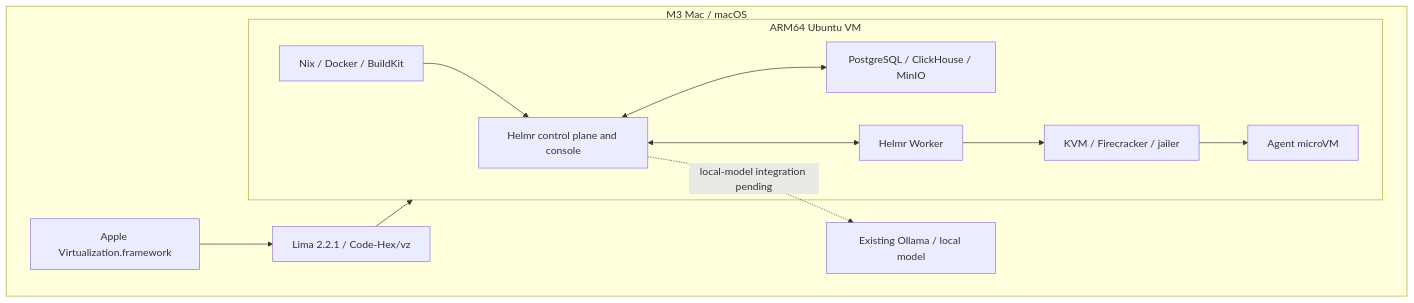
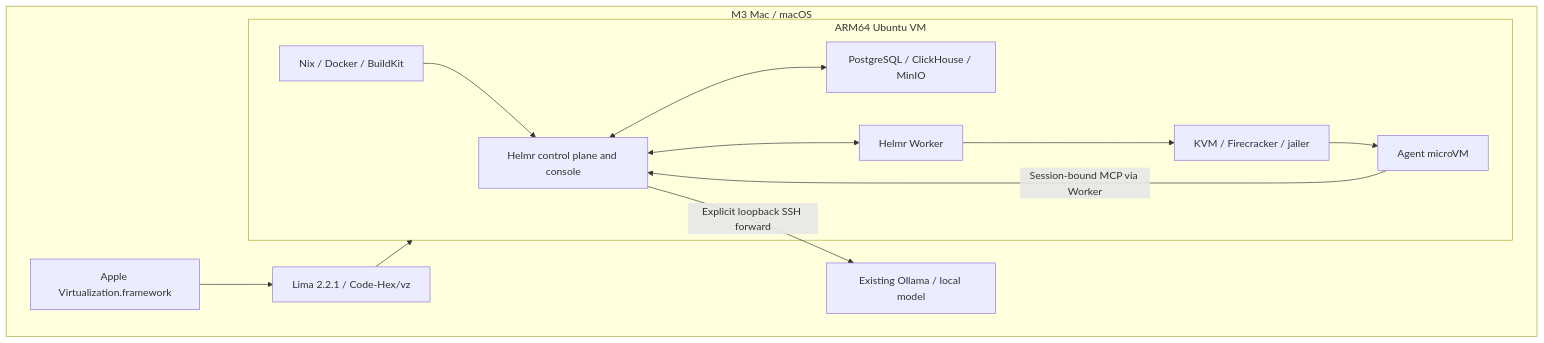
The diagram in docs/implementation/macos-lima-runtime.md (kijitra/helmr), drawn with Mermaid before and after one commit. The commit also changed other lines of this file and 72 other files, not shown here.

Commit message:
add arm64 worker execution and scoped local model agent

````diff
--- a/docs/implementation/macos-lima-runtime.md
+++ b/docs/implementation/macos-lima-runtime.md
@@ -10,22 +11,23 @@
 ```mermaid
 flowchart TB
   subgraph MAC["M3 Mac / macOS"]
     VZ["Apple Virtualization.framework"]
     LIMA["Lima 2.2.1 / Code-Hex/vz"]
     LLM["Existing Ollama / local model"]
     subgraph LINUX["ARM64 Ubuntu VM"]
       CP["Helmr control plane and console"]
       DATA["PostgreSQL / ClickHouse / MinIO"]
       BUILD["Nix / Docker / BuildKit"]
       WORKER["Helmr Worker"]
       FC["KVM / Firecracker / jailer"]
       AGENT["Agent microVM"]
       CP <--> DATA
       BUILD --> CP
       CP <--> WORKER
       WORKER --> FC --> AGENT
     end
     VZ --> LIMA --> LINUX
-    CP -. "local-model integration pending" .-> LLM
+    AGENT -->|"Session-bound MCP via Worker"| CP
+    CP -->|"Explicit loopback SSH forward"| LLM
   end
 ```
````
